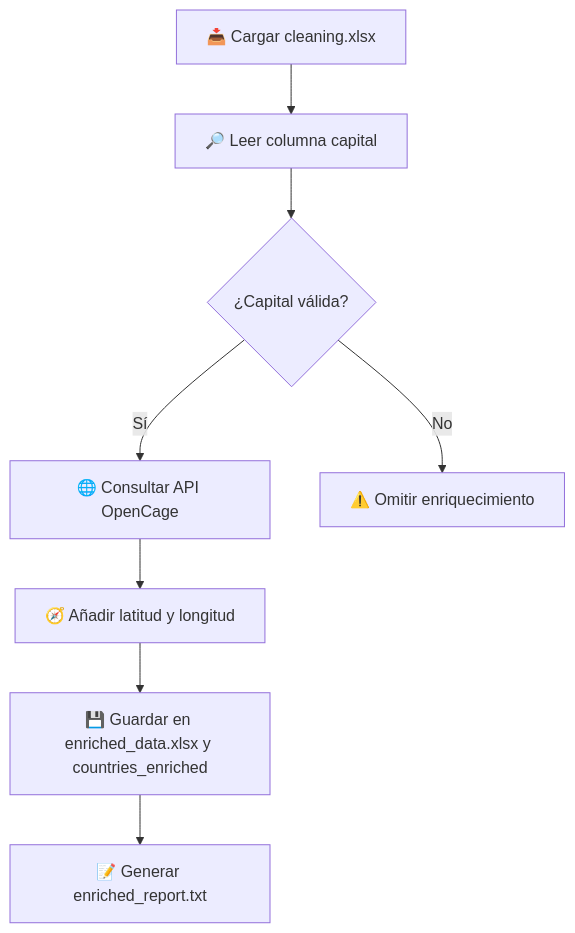
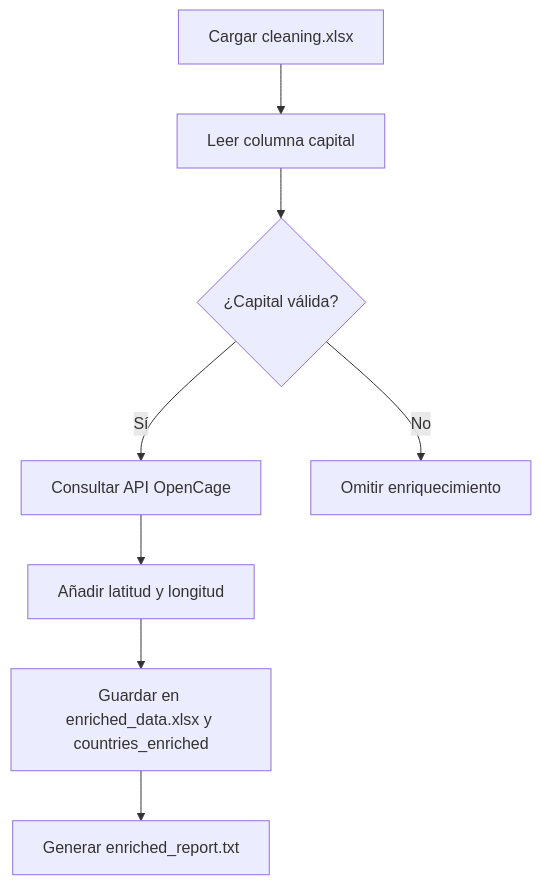
One commit to JuanesMedCol/bigdata-infrastructure changed the fourth of 6 diagrams in docs/diagrams.md. Above: the diagram before and after it, drawn with Mermaid. The commit also changed other lines of this file and 2 other files, not shown here.

````diff
--- a/docs/diagrams.md
+++ b/docs/diagrams.md
@@ -74,10 +73,10 @@
 ```mermaid
 flowchart TD
-    A[📥 Cargar cleaning.xlsx] --> B[🔎 Leer columna capital]
+    A[Cargar cleaning.xlsx] --> B[Leer columna capital]
     B --> C{¿Capital válida?}
-    C -- Sí --> D[🌐 Consultar API OpenCage]
-    D --> E[🧭 Añadir latitud y longitud]
-    E --> F[💾 Guardar en enriched_data.xlsx y countries_enriched]
-    F --> G[📝 Generar enriched_report.txt]
-    C -- No --> H[⚠️ Omitir enriquecimiento]
+    C -- Sí --> D[Consultar API OpenCage]
+    D --> E[Añadir latitud y longitud]
+    E --> F[Guardar en enriched_data.xlsx y countries_enriched]
+    F --> G[Generar enriched_report.txt]
+    C -- No --> H[Omitir enriquecimiento]
 ```
````
